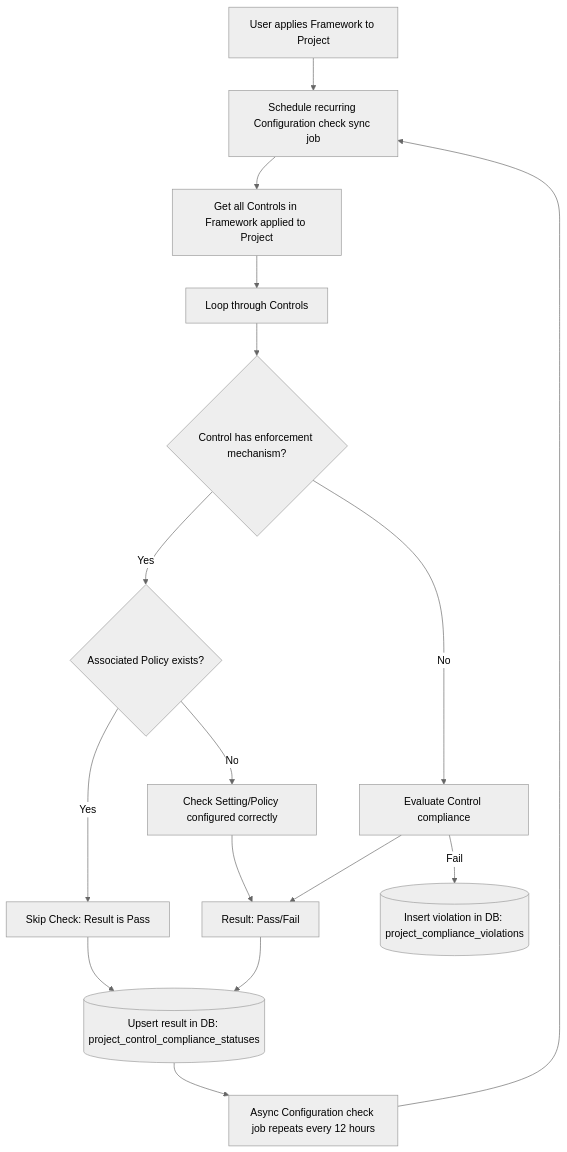
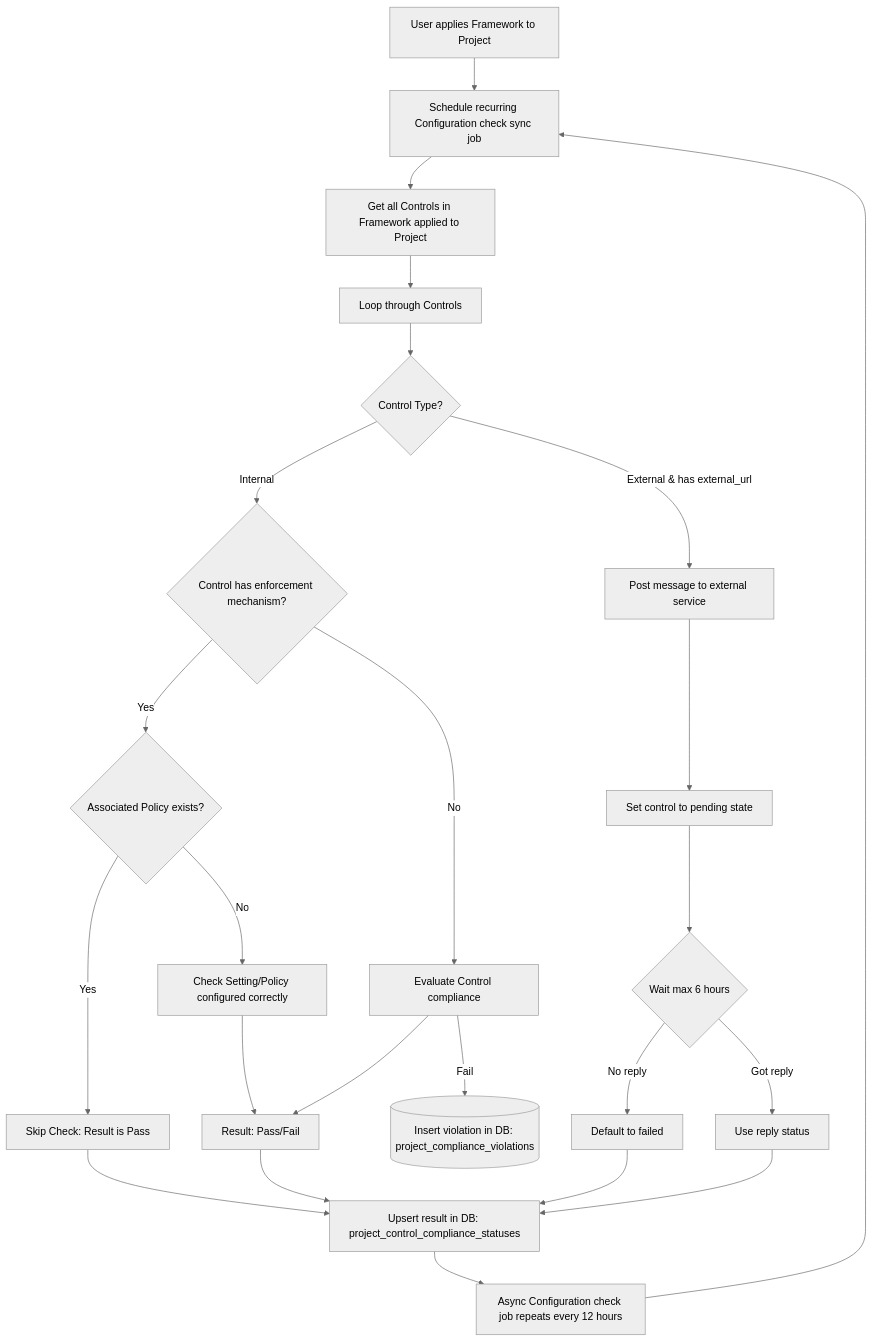
The third of 4 diagrams in content/handbook/engineering/architecture/design-documents/compliance-frameworks/_index.md (zalyoung/gitlab-handbook), drawn with Mermaid (neutral theme) before and after one commit. The commit also changed other lines of this file and 1 other file, not shown here.

````diff
--- a/content/handbook/engineering/architecture/design-documents/compliance-frameworks/_index.md
+++ b/content/handbook/engineering/architecture/design-documents/compliance-frameworks/_index.md
@@ -295,21 +404,32 @@
 ```mermaid
 flowchart TD
-    %% Async Job Trigger
     F[User applies Framework to Project] --> G[Schedule recurring Configuration check sync job]
     G --> H[Get all Controls in Framework applied to Project]
     H --> I[Loop through Controls]
-    I --> J{Control has enforcement mechanism?}
+
+    I --> TYPE{Control Type?}
+    TYPE -- Internal --> J{Control has enforcement mechanism?}
+    TYPE -- External & has external_url --> EXT[Post message to external service]
+
+    EXT --> PEND[Set control to pending state]
+    PEND --> WAIT{Wait max 6 hours}
+    WAIT -->|No reply| FAIL[Default to failed]
+    WAIT -->|Got reply| REPLY[Use reply status]
+
+    FAIL --> Q
+    REPLY --> Q
+
     J -- Yes --> K{Associated Policy exists?}
     K -- Yes --> L[Skip Check: Result is Pass]
     K -- No --> M[Check Setting/Policy configured correctly]
     J -- No --> N[Evaluate Control compliance]
 
     M --> O[Result: Pass/Fail]
     N --> O
-    O --> Q[Upsert result in DB: project_control_compliance_statuses]@{ shape: cyl }
+    O --> Q[Upsert result in DB: project_control_compliance_statuses]
     L --> Q
     N -- Fail --> S[Insert violation in DB: project_compliance_violations]@{ shape: cyl }
 
     Q --> T[Async Configuration check job repeats every 12 hours]
     T --> G
 ```
````
